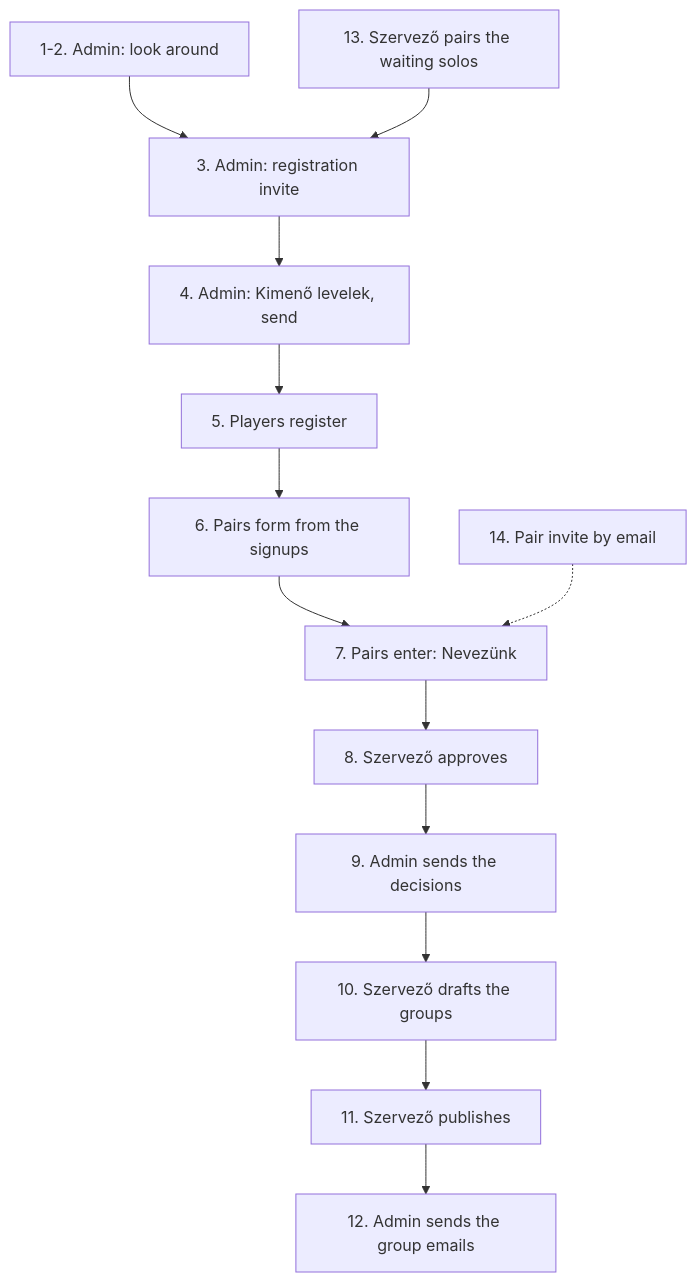
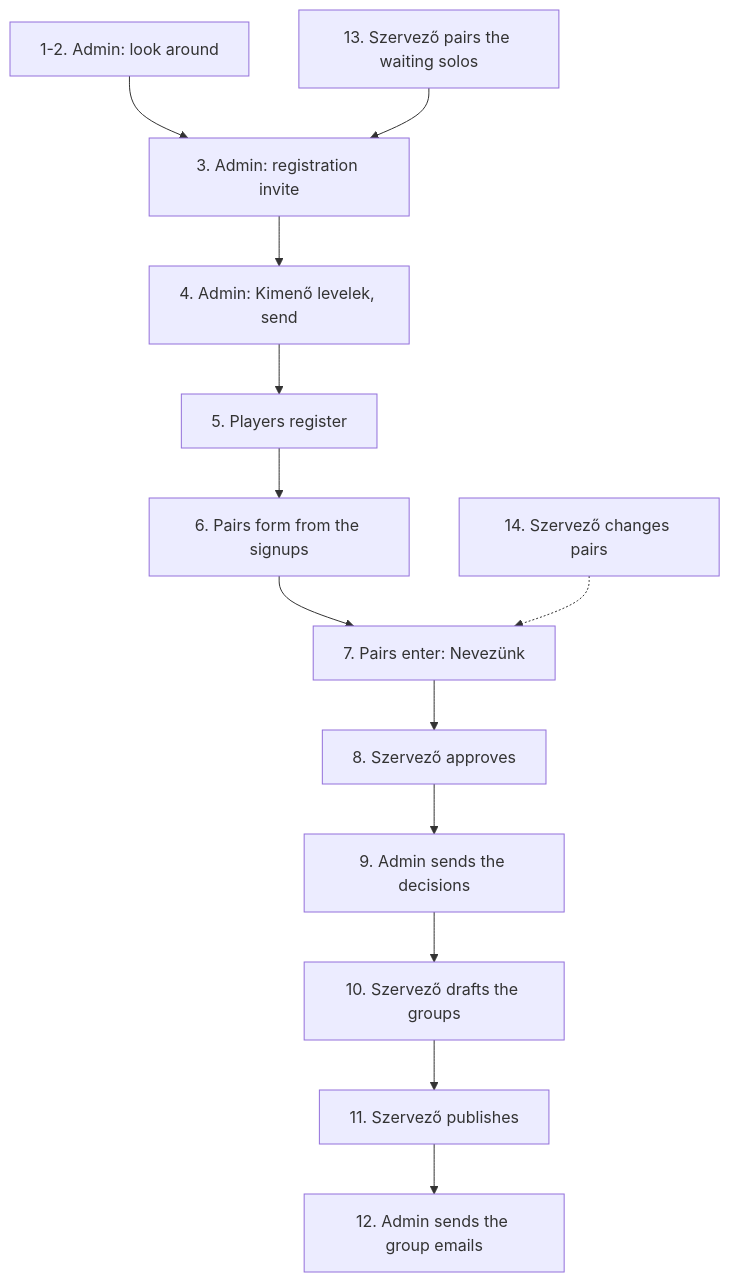
Before and after one commit to devel0peter/padel-liga: the diagram in docs/walkthrough.md, drawn with Mermaid. The commit also changed other lines of this file and 31 other files, not shown here.

````diff
--- a/docs/walkthrough.md
+++ b/docs/walkthrough.md
@@ -75,15 +75,15 @@
 ```mermaid
 flowchart TD
   A["1-2. Admin: look around"] --> B["3. Admin: registration invite"]
   B --> C["4. Admin: Kimenő levelek, send"]
   C --> D["5. Players register"]
   D --> E["6. Pairs form from the signups"]
   E --> F["7. Pairs enter: Nevezünk"]
   F --> G["8. Szervező approves"]
   G --> H["9. Admin sends the decisions"]
   H --> I["10. Szervező drafts the groups"]
   I --> J["11. Szervező publishes"]
   J --> K["12. Admin sends the group emails"]
   L["13. Szervező pairs the waiting solos"] --> B
-  M["14. Pair invite by email"] -.-> F
+  M["14. Szervező changes pairs"] -.-> F
 ```
````
